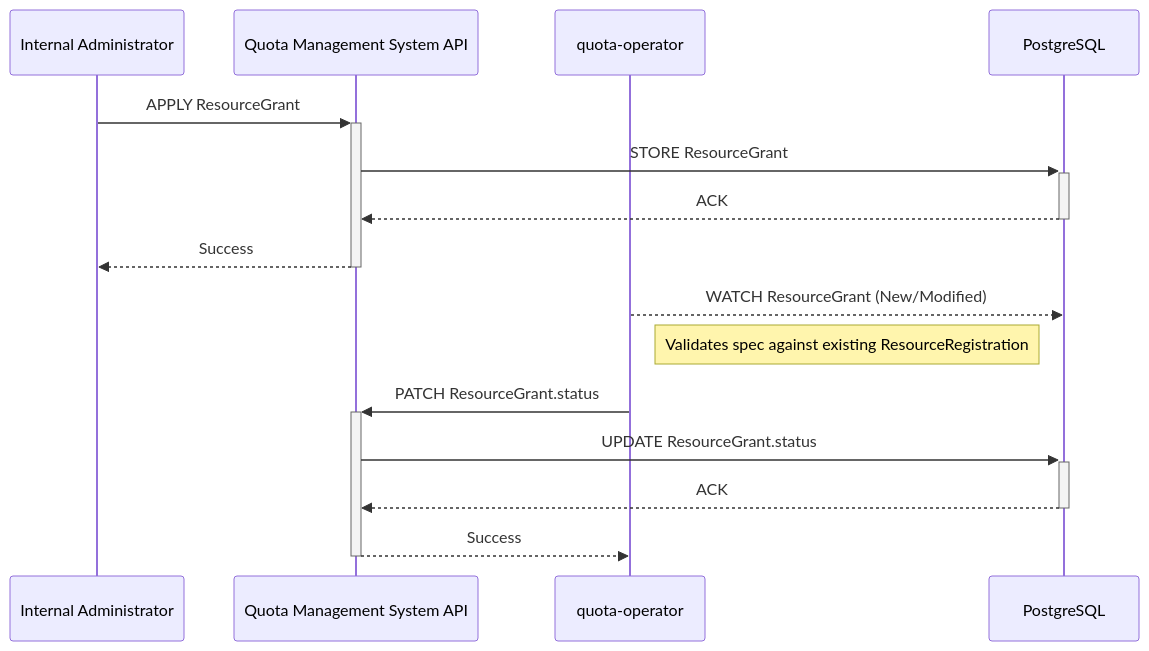
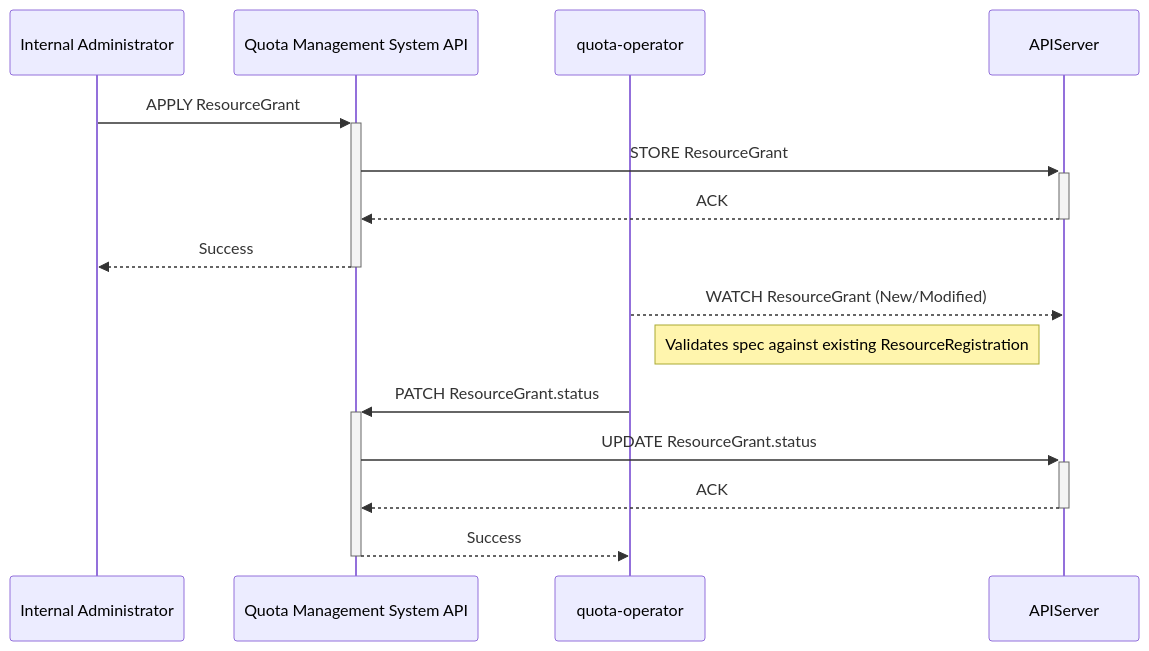
The fourth of 6 diagrams in enhancements/platform/quota-management/README.md (datum-cloud/enhancements), drawn with Mermaid before and after one commit. The commit also changed other lines of this file, not shown here.

Commit message:
chore(quota): removes specific references to postgres as data store

````diff
--- a/enhancements/platform/quota-management/README.md
+++ b/enhancements/platform/quota-management/README.md
@@ -1348,20 +1348,20 @@
 ```mermaid
 %% Sequence Diagram - Prerequisite 2: Defining Resource Quota Limits
 sequenceDiagram
     participant Admin as Internal Administrator
     participant QuotaAPI as Quota Management System API
     participant QuotaOperator as quota-operator
-    participant DB as PostgreSQL
+    participant APIServer as APIServer
 
     Admin->>+QuotaAPI: APPLY ResourceGrant
-    QuotaAPI->>+DB: STORE ResourceGrant
-    DB-->>-QuotaAPI: ACK
+    QuotaAPI->>+APIServer: STORE ResourceGrant
+    APIServer-->>-QuotaAPI: ACK
     QuotaAPI-->>-Admin: Success
 
-    QuotaOperator-->>DB: WATCH ResourceGrant (New/Modified)
+    QuotaOperator-->>APIServer: WATCH ResourceGrant (New/Modified)
     note right of QuotaOperator: Validates spec against existing ResourceRegistration
     QuotaOperator->>+QuotaAPI: PATCH ResourceGrant.status
-    QuotaAPI->>+DB: UPDATE ResourceGrant.status
-    DB-->>-QuotaAPI: ACK
+    QuotaAPI->>+APIServer: UPDATE ResourceGrant.status
+    APIServer-->>-QuotaAPI: ACK
     QuotaAPI-->>-QuotaOperator: Success
 ```
````
